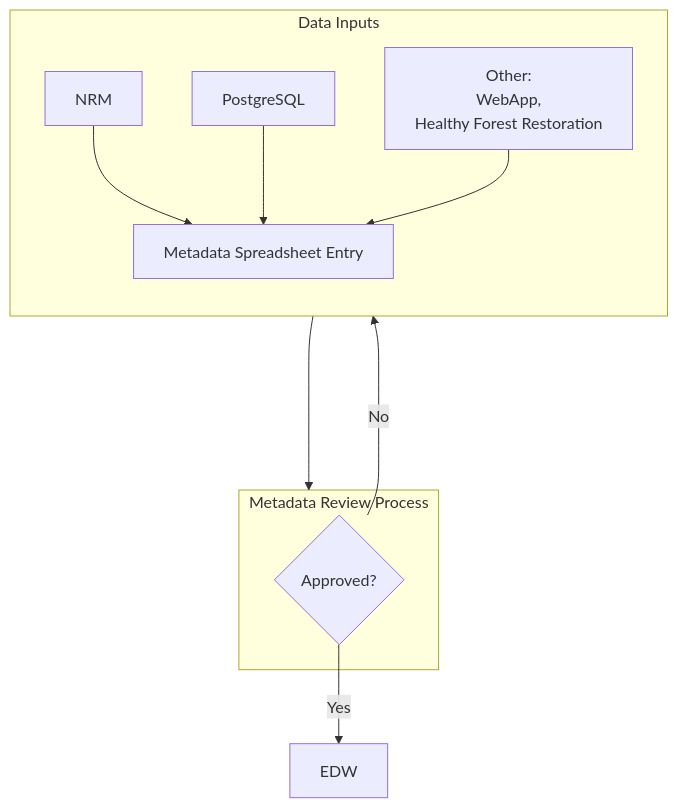
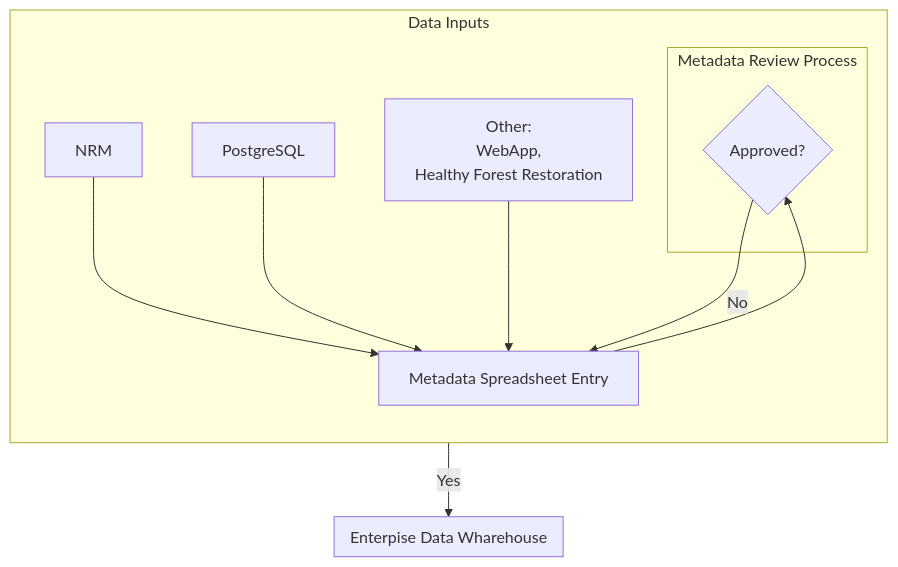
One commit to forestbytes/catalog changed the diagram in docs/metadata-architecture.md. Above: the diagram before and after it, drawn with Mermaid.

Commit message:
Maybe this is the basic graph.

````diff
--- a/docs/metadata-architecture.md
+++ b/docs/metadata-architecture.md
@@ -1,23 +1,26 @@
 ```mermaid
 
 flowchart TB
   subgraph DataInputs[Data Inputs]
       direction TB
       NRM --> MetadataSpreadsheetEntry[Metadata Spreadsheet Entry]
       PostgreSQL --> MetadataSpreadsheetEntry
       Other[
         Other:
         WebApp, 
         Healthy Forest Restoration
       ] --> MetadataSpreadsheetEntry
       MetadataSpreadsheetEntry
+
+      subgraph Review[Metadata Review Process]
+        ReviewDecision{Approved?}
+      end
   end
 
-  subgraph Review[Metadata Review Process]
-    ReviewDecision{Approved?}
+  subgraph EDW[Enterpise Data Wharehouse]
   end
   
   ReviewDecision --> |Yes| EDW
-  ReviewDecision ----> |No| DataInputs
-  MetadataSpreadsheetEntry --> Review
+  ReviewDecision --> |No| MetadataSpreadsheetEntry
+  MetadataSpreadsheetEntry --> ReviewDecision
 ```
````
